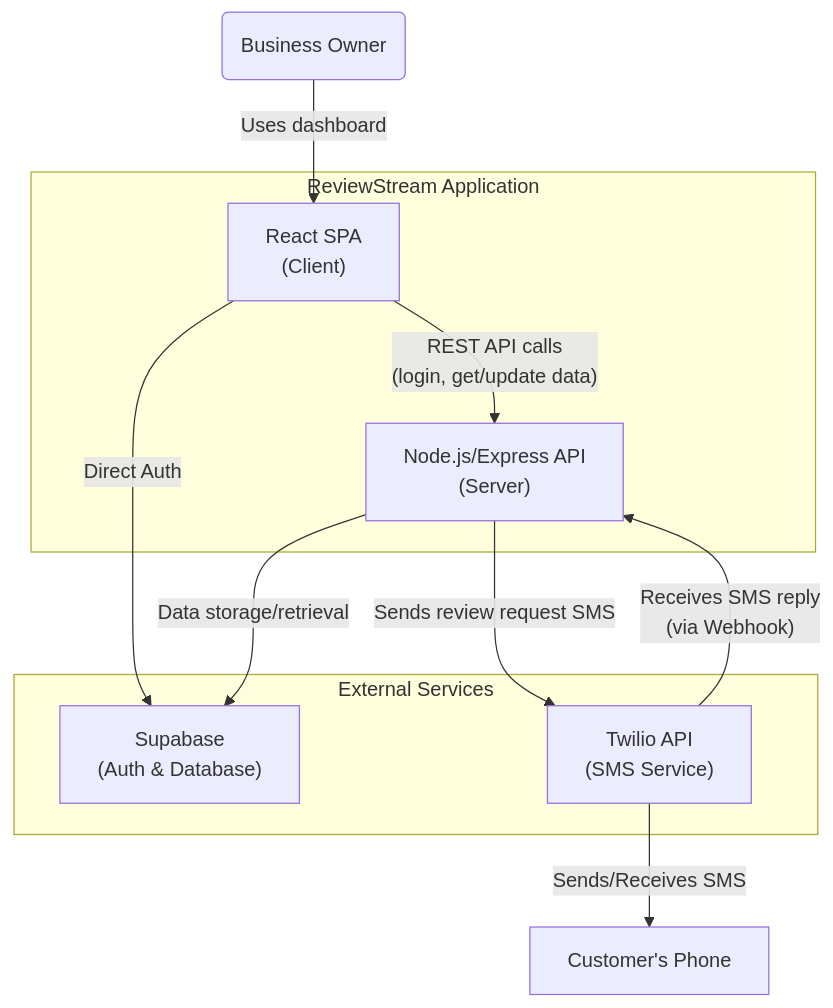
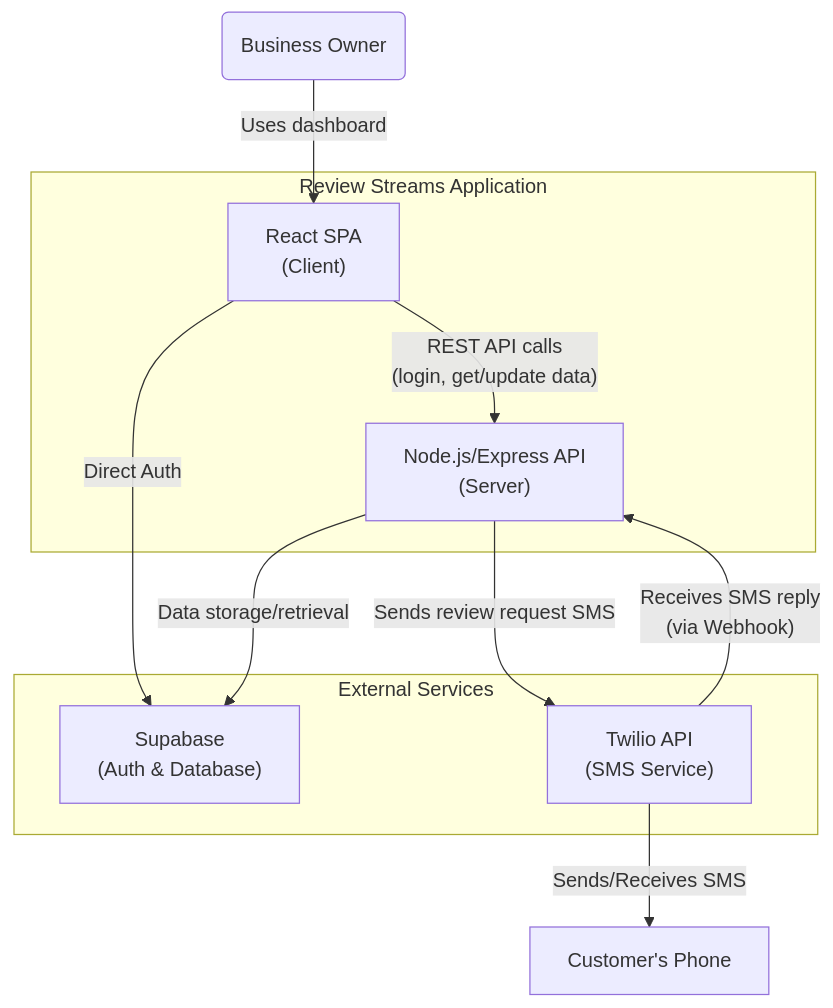
The diagram in docs/architecture.md (SpencerLeBard/ReviewStream), drawn with Mermaid before and after one commit. The commit also changed other lines of this file and 9 other files, not shown here.

````diff
--- a/docs/architecture.md
+++ b/docs/architecture.md
@@ -26,24 +26,24 @@
 ```mermaid
 graph TD
     User("Business Owner")
 
-    subgraph "ReviewStream Application"
+    subgraph "Review Streams Application"
         Frontend["React SPA<br/>(Client)"]
         Backend_API["Node.js/Express API<br/>(Server)"]
     end
 
     subgraph "External Services"
         Supabase["Supabase<br/>(Auth & Database)"]
         Twilio["Twilio API<br/>(SMS Service)"]
     end
 
     CustomerPhone["Customer's Phone"]
 
     User -- "Uses dashboard" --> Frontend
     Frontend -- "REST API calls<br/>(login, get/update data)" --> Backend_API
     Frontend -- "Direct Auth" --> Supabase
     Backend_API -- "Data storage/retrieval" --> Supabase
     Backend_API -- "Sends review request SMS" --> Twilio
     Twilio -- "Receives SMS reply<br/>(via Webhook)" --> Backend_API
     Twilio -- "Sends/Receives SMS" --> CustomerPhone
 ```
````
